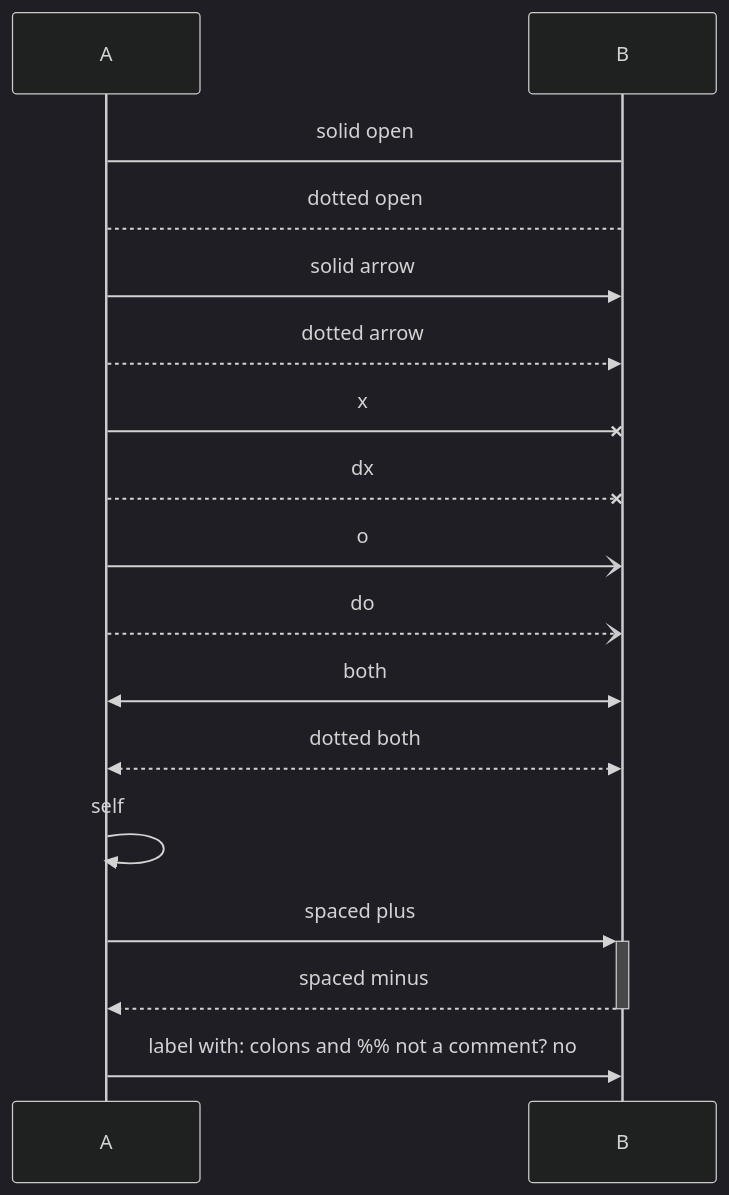
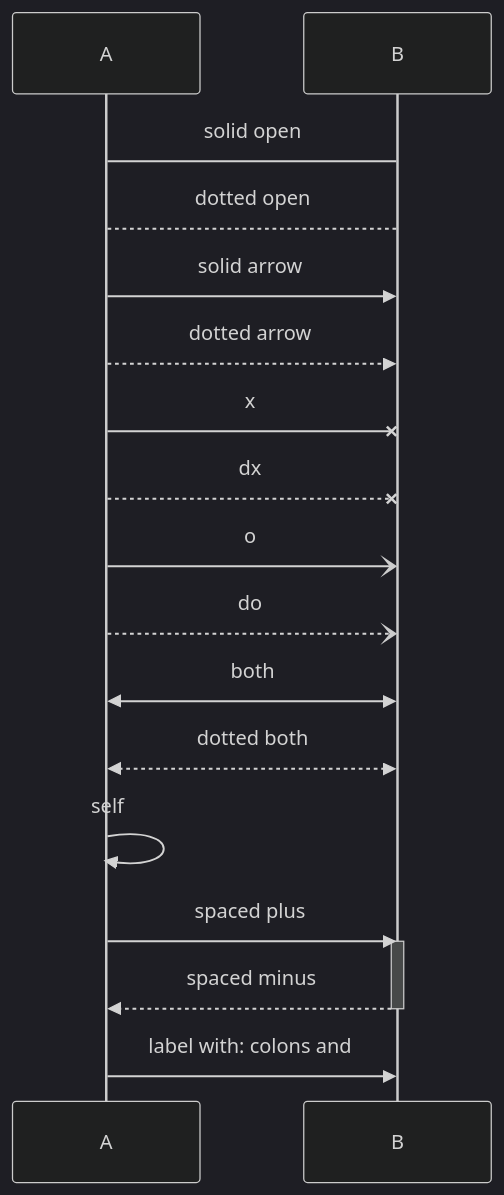
Before and after one commit to muirjc/canvas: the diagram in packages/diagram-core/corpus/cases/sequence-arrows-spacing/expected/portable.mmd, drawn with Mermaid (dark theme). The commit also changed 98 other files, not shown here.

First line of the commit message:
feat: Mermaid export always in Canvas's form, checked in real Mermaid in CI (canvas-8ucs) (#330)

```diff
--- a/packages/diagram-core/corpus/cases/sequence-arrows-spacing/expected/portable.mmd
+++ b/packages/diagram-core/corpus/cases/sequence-arrows-spacing/expected/portable.mmd
@@ -1,15 +1,19 @@
 sequenceDiagram
-  A->B:solid open
-  A -->B : dotted open
-  A->>  B:   solid arrow
-  A-->>B: dotted arrow
-  A-xB: x
-  A--xB: dx
-  A-)B: o
-  A--)B: do
-  A<<->>B: both
-  A<<-->>B: dotted both
-  A->>A: self
-  A ->> + B : spaced plus
-  B -->> - A : spaced minus
-  A->>B: label with: colons and %% not a comment? no
+participant A
+participant B
+A->B: solid open
+A-->B: dotted open
+A->>B: solid arrow
+A-->>B: dotted arrow
+A-xB: x
+A--xB: dx
+A-)B: o
+A--)B: do
+A<<->>B: both
+A<<-->>B: dotted both
+A->>A: self
+A->>B: spaced plus
+activate B
+B-->>A: spaced minus
+deactivate B
+A->>B: label with: colons and
```
